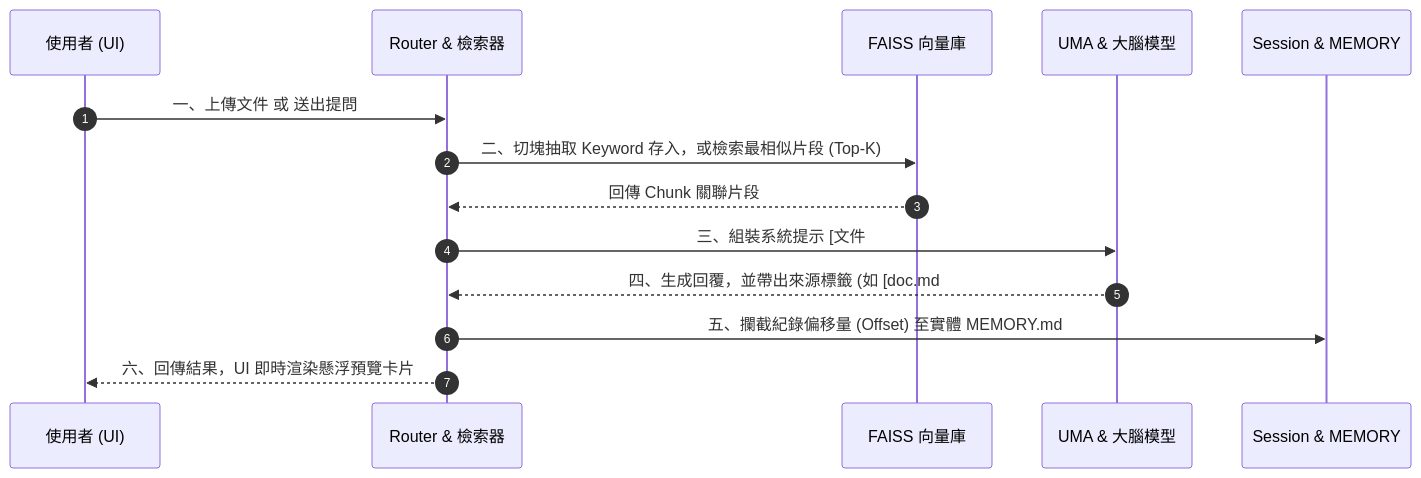
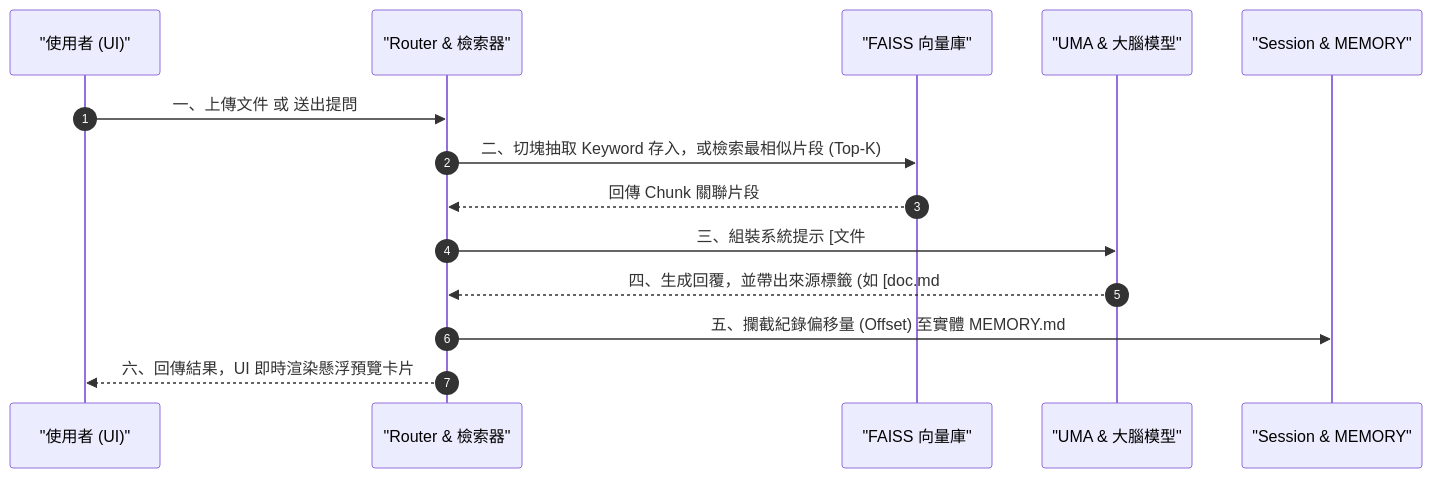
The second of 3 diagrams in Sprint1-4_Architecture_Report.md (fsc0638/MCP_Server), drawn with Mermaid before and after one commit. The commit also changed other lines of this file, not shown here.

Commit message:
docs: Fix Mermaid syntax to support VS Code Preview - Replaced parenthetical nodes with quoted strings in all diagrams.

````diff
--- a/Sprint1-4_Architecture_Report.md
+++ b/Sprint1-4_Architecture_Report.md
@@ -95,17 +95,17 @@
 ```mermaid
 sequenceDiagram
     autonumber
-    participant U as 使用者 (UI)
-    participant R as Router & 檢索器
-    participant F as FAISS 向量庫
-    participant A as UMA & 大腦模型
-    participant M as Session & MEMORY
+    participant U as "使用者 (UI)"
+    participant R as "Router & 檢索器"
+    participant F as "FAISS 向量庫"
+    participant A as "UMA & 大腦模型"
+    participant M as "Session & MEMORY"
     
     U->>R: 一、上傳文件 或 送出提問
     R->>F: 二、切塊抽取 Keyword 存入，或檢索最相似片段 (Top-K)
     F-->>R: 回傳 Chunk 關聯片段
     R->>A: 三、組裝系統提示 [文件#chunk_X:原始內文]
     A-->>R: 四、生成回覆，並帶出來源標籤 (如 [doc.md#chunk_1:引言])
     R->>M: 五、攔截紀錄偏移量 (Offset) 至實體 MEMORY.md
     R-->>U: 六、回傳結果，UI 即時渲染懸浮預覽卡片
 ```
````
